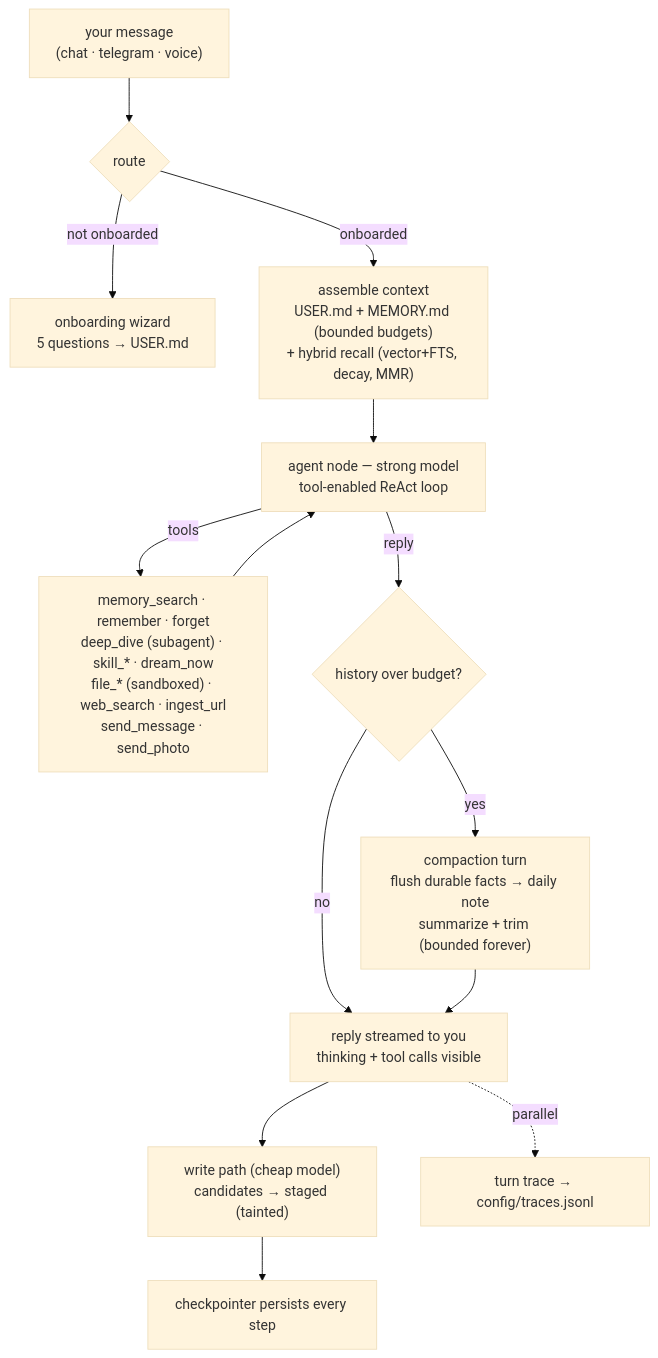
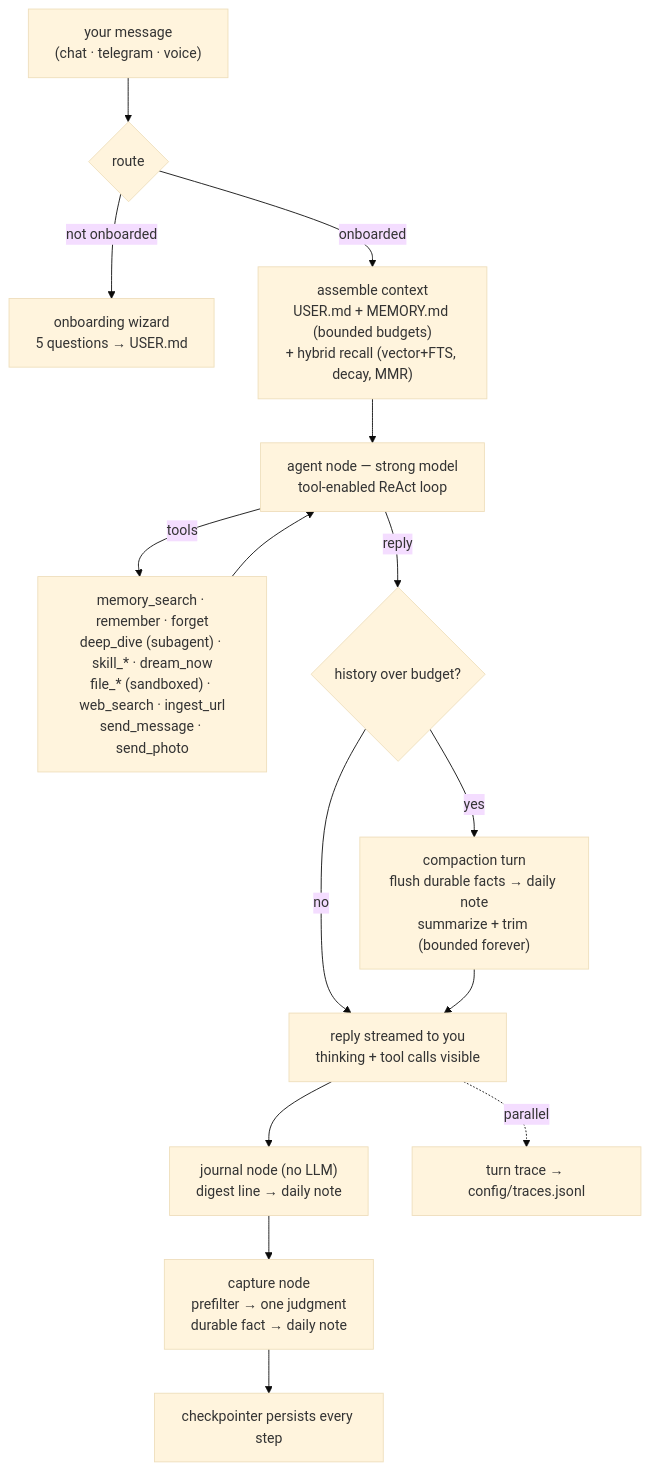
One commit to omhome16/Iris changed the first of 3 diagrams in README.md. Above: the diagram before and after it, drawn with Mermaid (base theme). The commit also changed other lines of this file and 85 other files, not shown here.

First line of the commit message:
feat: JEV judgment layer + capture write-path net; audit fixes

````diff
--- a/README.md
+++ b/README.md
@@ -53,16 +58,17 @@
 ```mermaid
 flowchart TD
     M["your message<br/>(chat · telegram · voice)"] --> R{route}
     R -->|"not onboarded"| W["onboarding wizard<br/>5 questions → USER.md"]
     R -->|"onboarded"| C["assemble context<br/>USER.md + MEMORY.md (bounded budgets)<br/>+ hybrid recall (vector+FTS, decay, MMR)"]
     C --> A["agent node — strong model<br/>tool-enabled ReAct loop"]
     A -->|"tools"| T["memory_search · remember · forget<br/>deep_dive (subagent) · skill_* · dream_now<br/>file_* (sandboxed) · web_search · ingest_url<br/>send_message · send_photo"]
     T --> A
     A -->|"reply"| S{"history over budget?"}
     S -->|yes| P["compaction turn<br/>flush durable facts → daily note<br/>summarize + trim (bounded forever)"]
     S -->|no| X["reply streamed to you<br/>thinking + tool calls visible"]
     P --> X
-    X --> W2["write path (cheap model)<br/>candidates → staged (tainted)"]
-    W2 --> D["checkpointer persists every step"]
+    X --> J["journal node (no LLM)<br/>digest line → daily note"]
+    J --> K["capture node<br/>prefilter → one judgment<br/>durable fact → daily note"]
+    K --> D["checkpointer persists every step"]
     X -.->|"parallel"| TR["turn trace → config/traces.jsonl"]
 ```
````
